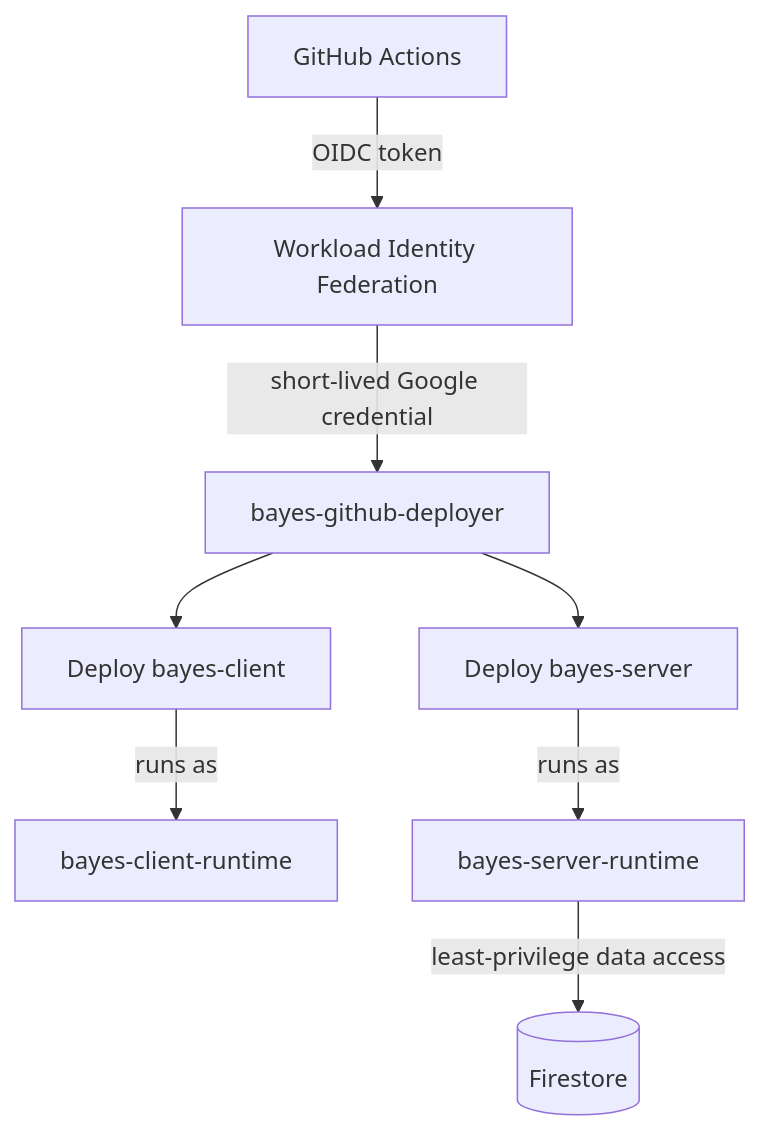
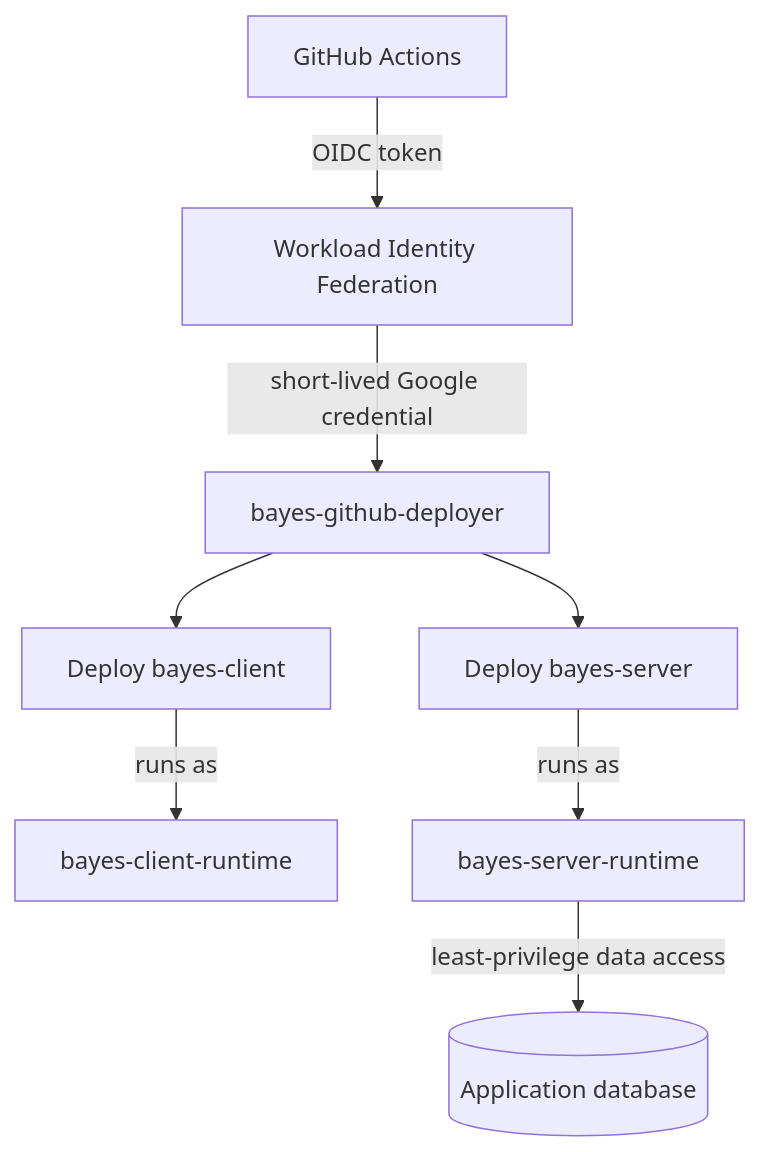
Before and after one commit to bayes-institute/bayes-learning-platform: the second of 10 diagrams in planning/docs/01_bayes-cloud-architecture-and-machine-setup.md, drawn with Mermaid. The commit also changed other lines of this file and 12 other files, not shown here.

````diff
--- a/planning/docs/01_bayes-cloud-architecture-and-machine-setup.md
+++ b/planning/docs/01_bayes-cloud-architecture-and-machine-setup.md
@@ -192,19 +192,19 @@
 ```mermaid
 flowchart TD
     GH[GitHub Actions]
     WIF[Workload Identity Federation]
     DEP[bayes-github-deployer]
     CR1[Deploy bayes-client]
     CR2[Deploy bayes-server]
     CRA[bayes-client-runtime]
     SRA[bayes-server-runtime]
-    FS[(Firestore)]
+    DB[(Application database)]
 
     GH -->|OIDC token| WIF
     WIF -->|short-lived Google credential| DEP
     DEP --> CR1
     DEP --> CR2
     CR1 -->|runs as| CRA
     CR2 -->|runs as| SRA
-    SRA -->|least-privilege data access| FS
+    SRA -->|least-privilege data access| DB
 ```
````
